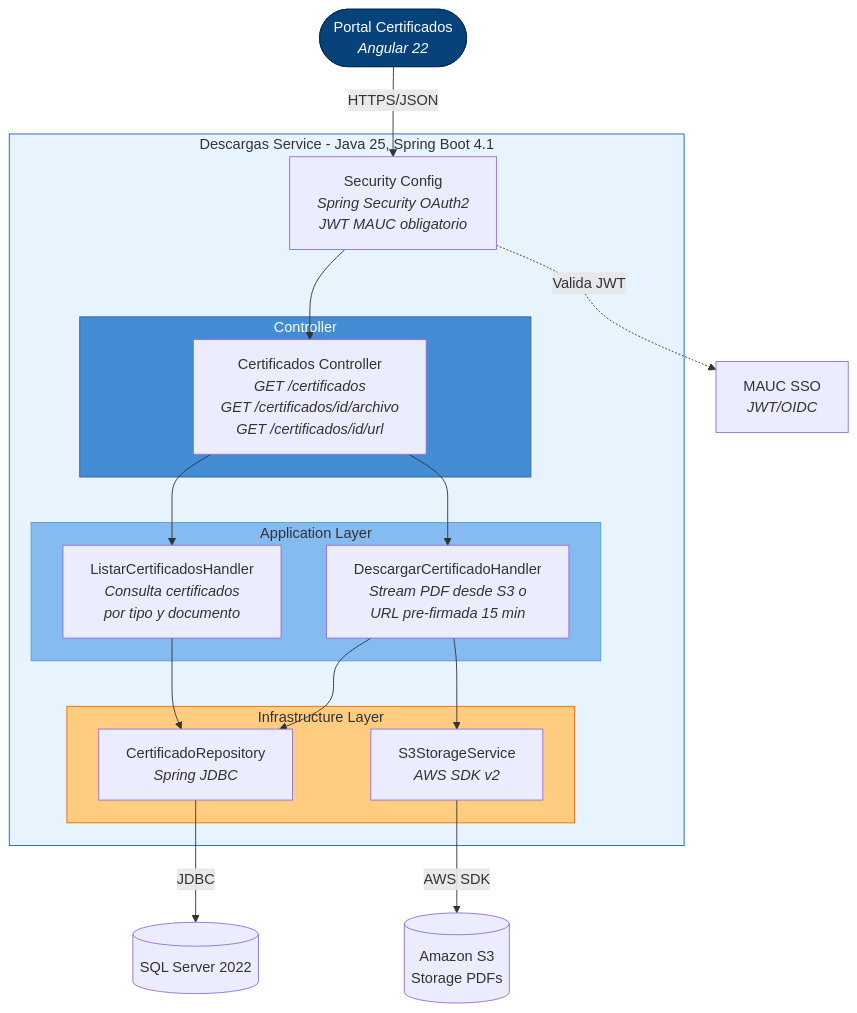
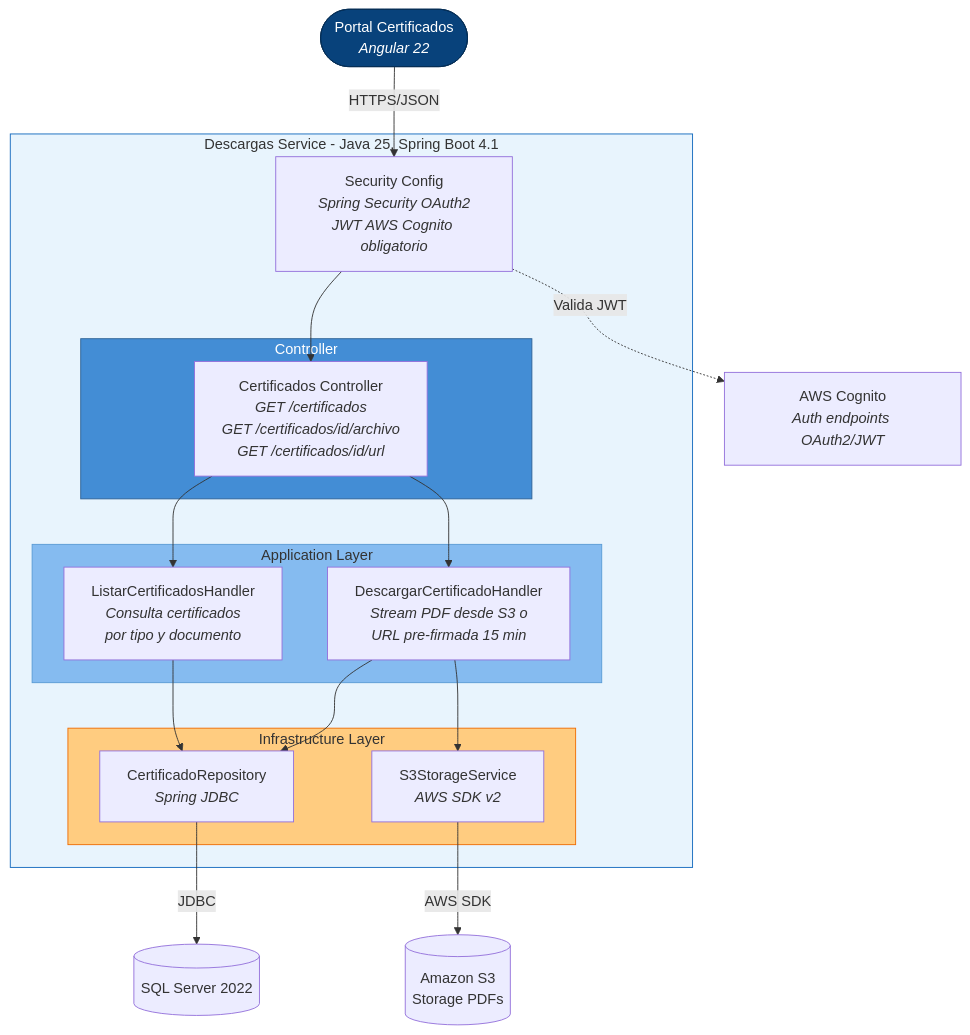
One commit to LIDR-academy/AI4Devs-finalproject changed the tenth of 12 diagrams in docs/PRD_CERTIFICADOS_ELECTRONICOS.md. Above: the diagram before and after it, drawn with Mermaid. The commit also changed other lines of this file and 72 other files, not shown here.

````diff
--- a/docs/PRD_CERTIFICADOS_ELECTRONICOS.md
+++ b/docs/PRD_CERTIFICADOS_ELECTRONICOS.md
@@ -1160,46 +1169,46 @@
 ```mermaid
 flowchart TB
     portalCert(["Portal Certificados<br/><i>Angular 22</i>"])
 
     subgraph descargas["Descargas Service - Java 25, Spring Boot 4.1"]
-        secFilter2["Security Config<br/><i>Spring Security OAuth2<br/>JWT MAUC obligatorio</i>"]
+        secFilter2["Security Config<br/><i>Spring Security OAuth2<br/>JWT AWS Cognito obligatorio</i>"]
 
         subgraph ctrl2["Controller"]
             certCtrl["Certificados Controller<br/><i>GET /certificados<br/>GET /certificados/id/archivo<br/>GET /certificados/id/url</i>"]
         end
 
         subgraph handlers2["Application Layer"]
             listarHandler["ListarCertificadosHandler<br/><i>Consulta certificados<br/>por tipo y documento</i>"]
             descargarHandler["DescargarCertificadoHandler<br/><i>Stream PDF desde S3 o<br/>URL pre-firmada 15 min</i>"]
         end
 
         subgraph infra2["Infrastructure Layer"]
             certRepo["CertificadoRepository<br/><i>Spring JDBC</i>"]
             s3Service2["S3StorageService<br/><i>AWS SDK v2</i>"]
         end
     end
 
     sqlServer2[("SQL Server 2022")]
     s3store2[("Amazon S3<br/>Storage PDFs")]
-    mauc2["MAUC SSO<br/><i>JWT/OIDC</i>"]
+    cognito2["AWS Cognito<br/><i>Auth endpoints OAuth2/JWT</i>"]
 
     portalCert -- "HTTPS/JSON" --> secFilter2
     secFilter2 --> certCtrl
-    secFilter2 -. "Valida JWT" .-> mauc2
+    secFilter2 -. "Valida JWT" .-> cognito2
 
     certCtrl --> listarHandler
     certCtrl --> descargarHandler
 
     listarHandler --> certRepo
     descargarHandler --> certRepo
     descargarHandler --> s3Service2
 
     certRepo -- "JDBC" --> sqlServer2
     s3Service2 -- "AWS SDK" --> s3store2
 
     style descargas fill:#e8f4fd,stroke:#1168bd
     style ctrl2 fill:#438dd5,stroke:#2e6295,color:#fff
     style handlers2 fill:#85bbf0,stroke:#5a9bd5
     style infra2 fill:#ffcc80,stroke:#ef6c00
     style portalCert fill:#08427b,stroke:#052e56,color:#fff
 ```
````
